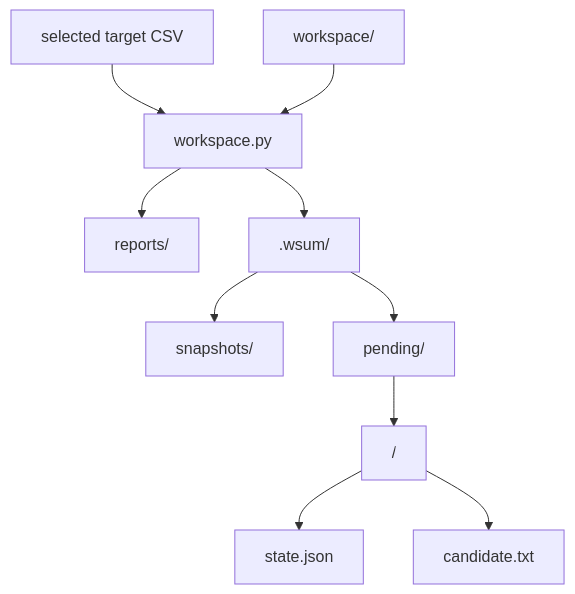
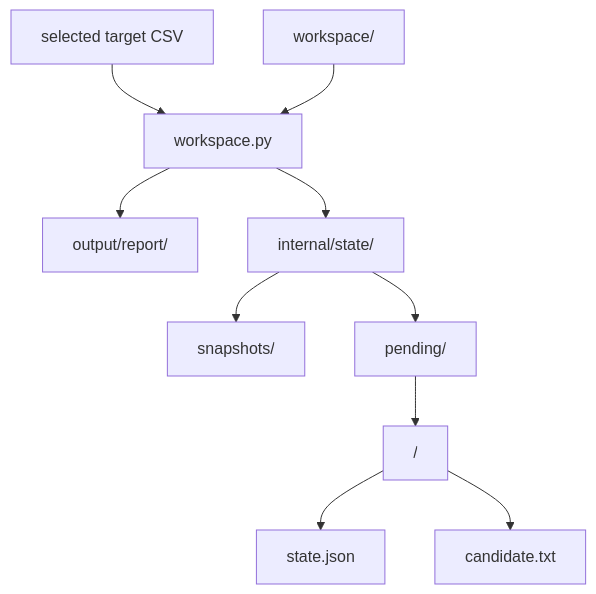
The second of 2 diagrams in skills/web-update-monitor/SKILL.md (dceoy/wsum), drawn with Mermaid before and after one commit. The commit also changed other lines of this file and 9 other files, not shown here.

First line of the commit message:
Separate user-facing output from internal workspace data (#57)

````diff
--- a/skills/web-update-monitor/SKILL.md
+++ b/skills/web-update-monitor/SKILL.md
@@ -37,12 +37,12 @@
 ```mermaid
 flowchart TB
     T["selected target CSV"] --> C["workspace.py"]
     W["workspace/"] --> C
-    C --> R["reports/"]
-    C --> S[".wsum/"]
+    C --> R["output/report/"]
+    C --> S["internal/state/"]
     S --> SS["snapshots/"]
     S --> P["pending/"]
     P --> PT["<target-id>/"]
     PT --> PS["state.json"]
     PT --> PC["candidate.txt"]
 ```
````
